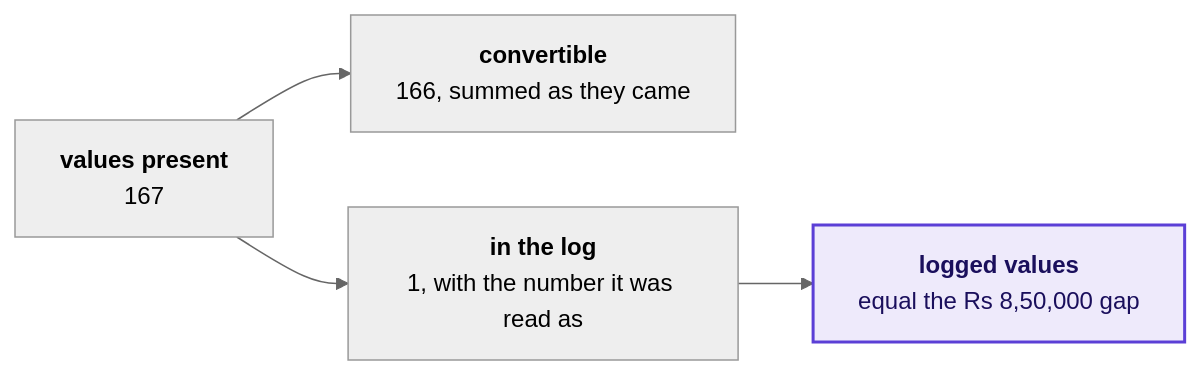
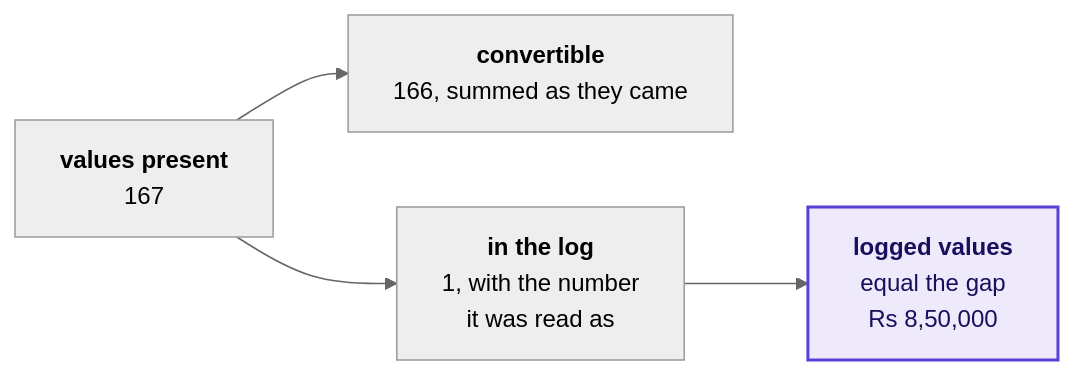
One commit to fde-academy-lab/c2-content-factory changed the eighth of 12 diagrams in content/W01/D5/slides/C2_W01_D05_debrief_STUDENT.md. Above: the diagram before and after it, drawn with Mermaid (neutral theme). The commit also changed other lines of this file and 5 other files, not shown here.

````diff
--- a/content/W01/D5/slides/C2_W01_D05_debrief_STUDENT.md
+++ b/content/W01/D5/slides/C2_W01_D05_debrief_STUDENT.md
@@ -425,8 +595,8 @@
 ```mermaid
 flowchart LR
     P["<b>values present</b><br/>167"] --> C["<b>convertible</b><br/>166, summed as they came"]
-    P --> L["<b>in the log</b><br/>1, with the number it was read as"]
-    L --> G["<b>logged values</b><br/>equal the Rs 8,50,000 gap"]
+    P --> L["<b>in the log</b><br/>1, with the number<br/>it was read as"]
+    L --> G["<b>logged values</b><br/>equal the gap<br/>Rs 8,50,000"]
     classDef known fill:#EEEAFB,stroke:#5B3FD6,color:#1A0F5C,stroke-width:2px
     class G known
 ```
````
